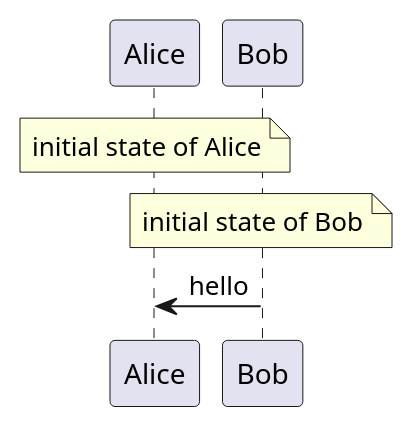
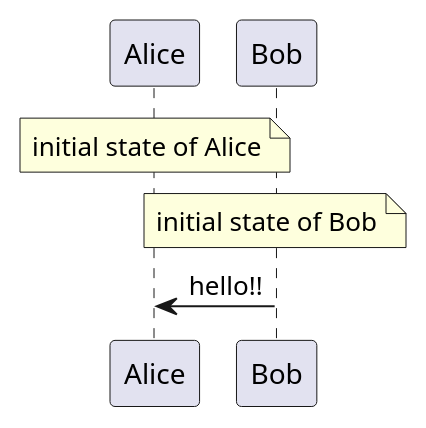
Before and after one commit to karhidle/test-diagrams: the diagram in diagram.puml, drawn with PlantUML.

```diff
--- a/diagram.puml
+++ b/diagram.puml
@@ -1,5 +1,5 @@
 @startuml
 note over Alice : initial state of Alice
 note over Bob : initial state of Bob
-Bob -> Alice : hello
+Bob -> Alice : hello!!
 @enduml
```
